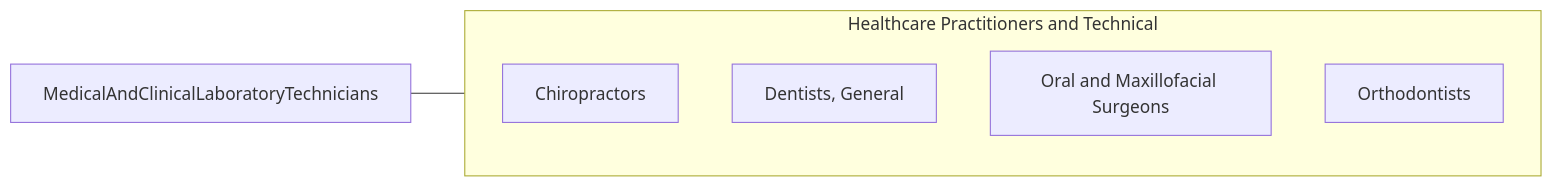
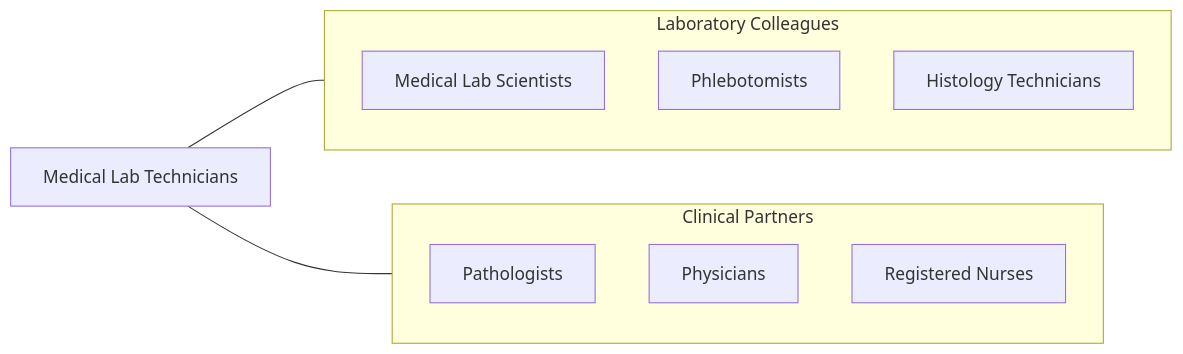
The fourth of 4 diagrams in occupations/HealthcarePractitioners/MedicalAndClinicalLaboratoryTechnicians.mdx (kziemski/business.org.ai), drawn with Mermaid before and after one commit. The commit also changed other lines of this file and 938 other files, not shown here.

````diff
--- a/occupations/HealthcarePractitioners/MedicalAndClinicalLaboratoryTechnicians.mdx
+++ b/occupations/HealthcarePractitioners/MedicalAndClinicalLaboratoryTechnicians.mdx
@@ -110,13 +186,19 @@
 ```mermaid
 graph LR
-    Current["MedicalAndClinicalLaboratoryTechnicians"]
+    Current["Medical Lab Technicians"]
 
-    subgraph SameCategory["Healthcare Practitioners and Technical"]
-        Chiropractors["Chiropractors"]
-        DentistsGeneral["Dentists, General"]
-        OralAndMaxillofacial["Oral and Maxillofacial Surgeons"]
-        Orthodontists["Orthodontists"]
+    subgraph LabTeam["Laboratory Colleagues"]
+        MLS["Medical Lab Scientists"]
+        Phlebotomists["Phlebotomists"]
+        Histotechs["Histology Technicians"]
     end
 
-    Current --- SameCategory
+    subgraph Clinical["Clinical Partners"]
+        Pathologists["Pathologists"]
+        Physicians["Physicians"]
+        Nurses["Registered Nurses"]
+    end
+
+    Current --- LabTeam
+    Current --- Clinical
 ```
````
